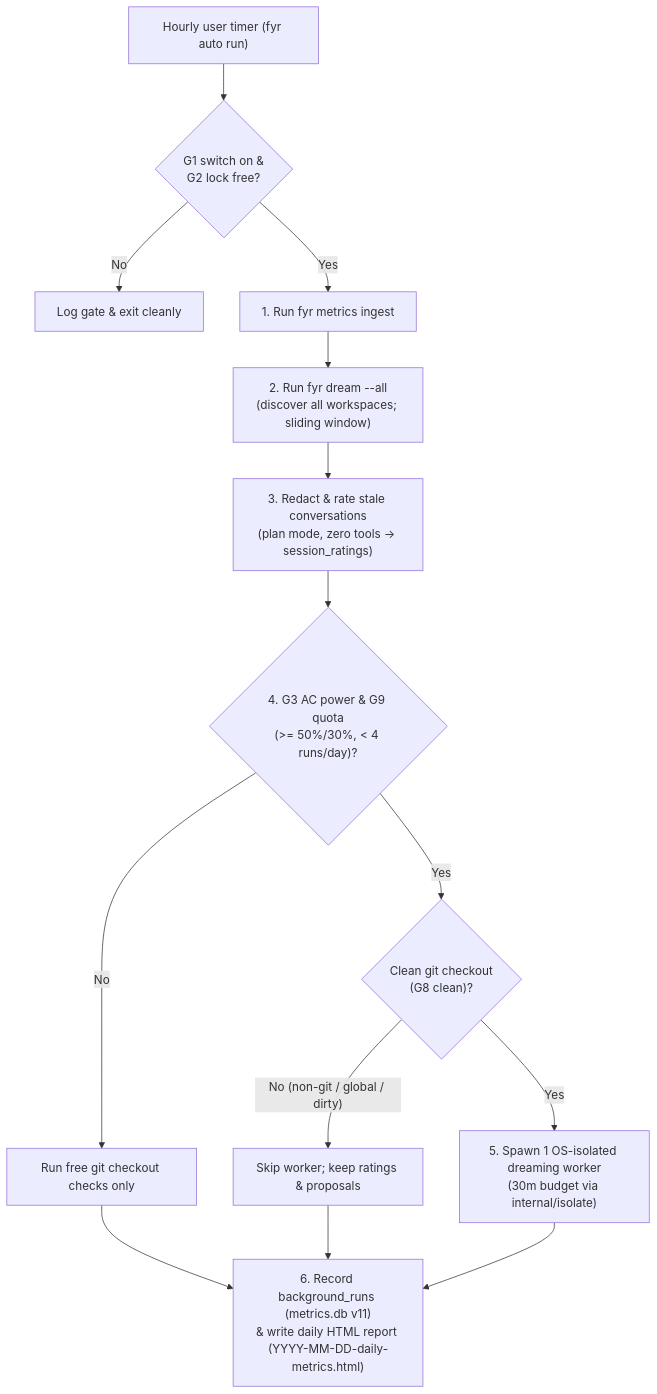
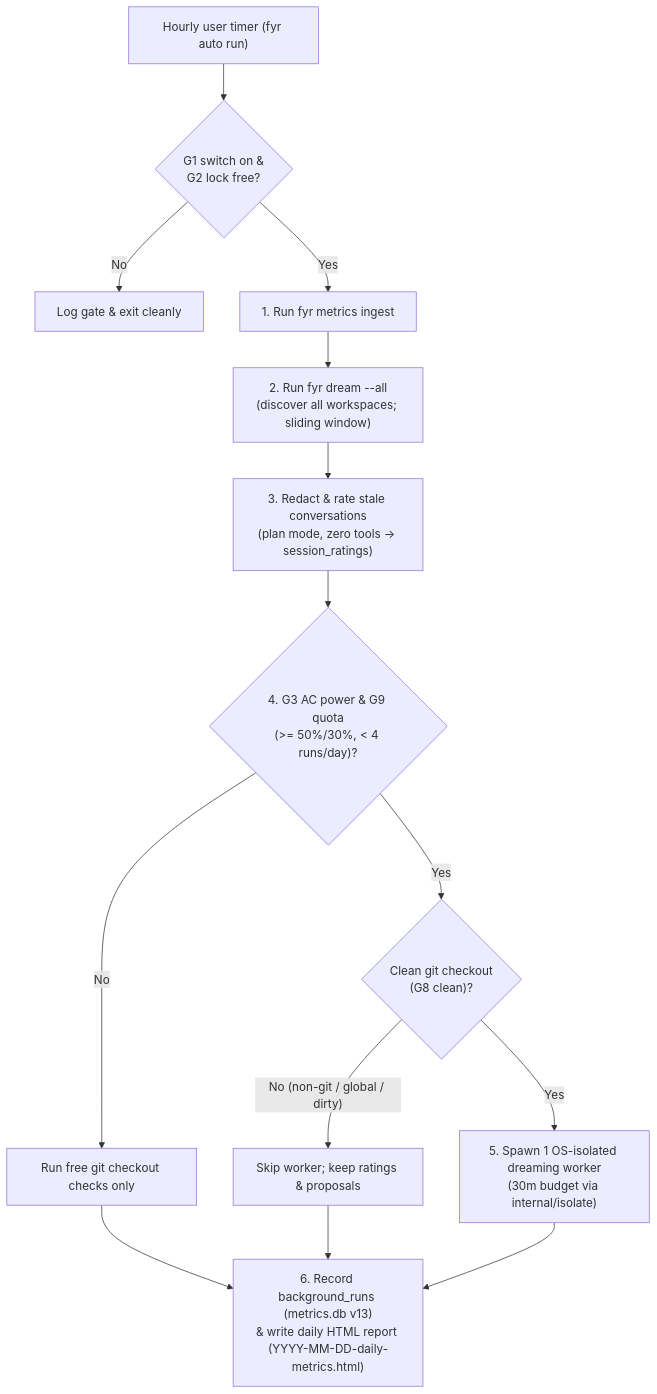
The first of 2 diagrams in features/dream-and-auto.md (kesokaj/fyr), drawn with Mermaid before and after one commit. The commit also changed other lines of this file and 5 other files, not shown here.

````diff
--- a/features/dream-and-auto.md
+++ b/features/dream-and-auto.md
@@ -9,16 +9,16 @@
 ```mermaid
 flowchart TD
     timerTick["Hourly user timer (fyr auto run)"] --> g1Switch{"G1 switch on &\nG2 lock free?"}
     g1Switch -- "No" --> stopEarly["Log gate & exit cleanly"]
     g1Switch -- "Yes" --> ingestStep["1. Run fyr metrics ingest"]
     ingestStep --> dreamStep["2. Run fyr dream --all\n(discover all workspaces; sliding window)"]
     dreamStep --> rateStep["3. Redact & rate stale conversations\n(plan mode, zero tools -> session_ratings)"]
     rateStep --> machineGates{"4. G3 AC power & G9 quota\n(>= 50%/30%, < 4 runs/day)?"}
     machineGates -- "No" --> freeChecks["Run free git checkout checks only"]
     machineGates -- "Yes" --> workerGate{"Clean git checkout\n(G8 clean)?"}
     workerGate -- "No (non-git / global / dirty)" --> keepProposals["Skip worker; keep ratings & proposals"]
     workerGate -- "Yes" --> runWorker["5. Spawn 1 OS-isolated dreaming worker\n(30m budget via internal/isolate)"]
-    freeChecks --> finishStep["6. Record background_runs (metrics.db v11)\n& write daily HTML report (YYYY-MM-DD-daily-metrics.html)"]
+    freeChecks --> finishStep["6. Record background_runs (metrics.db v13)\n& write daily HTML report (YYYY-MM-DD-daily-metrics.html)"]
     keepProposals --> finishStep
     runWorker --> finishStep
 ```
````
